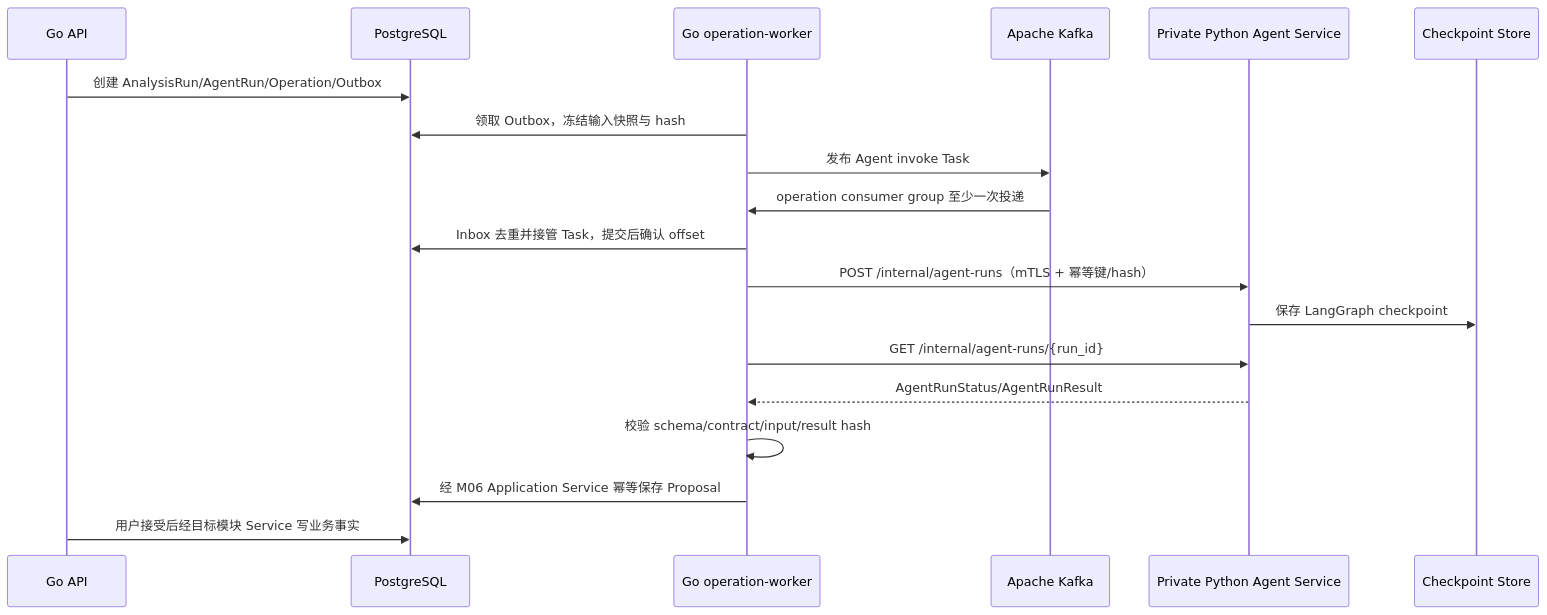
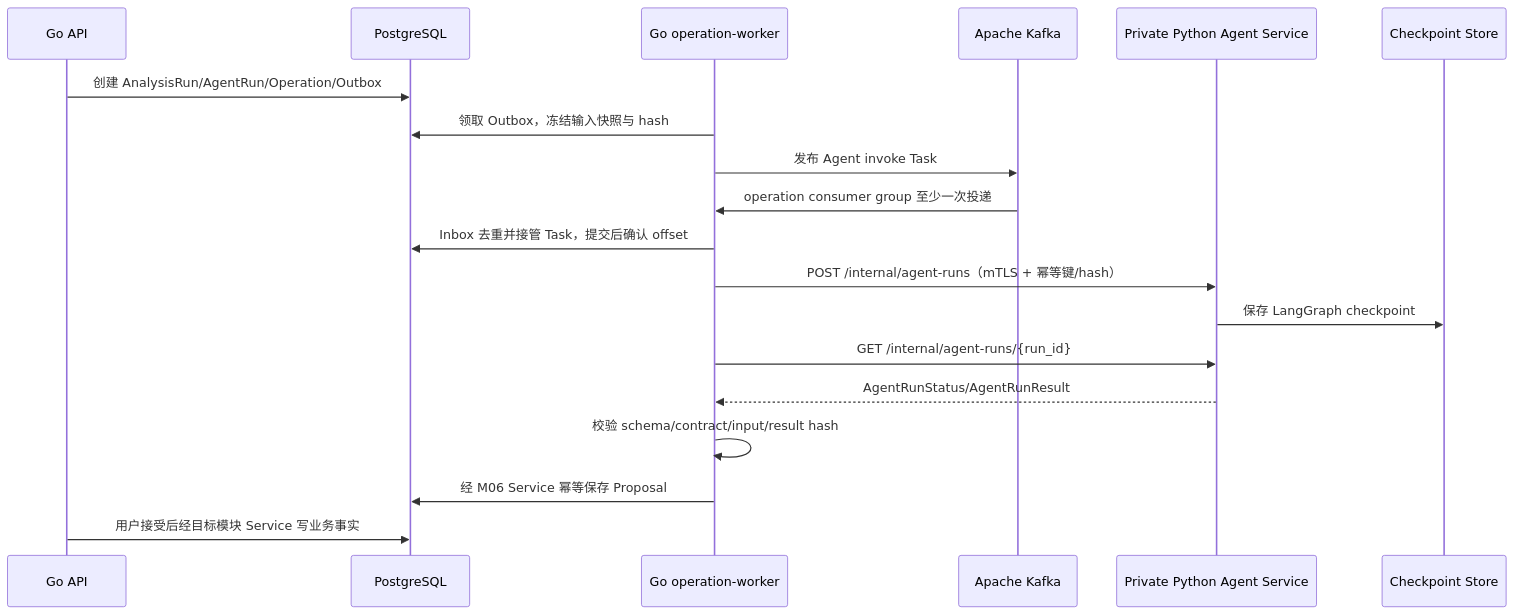
Before and after one commit to StephenQiu30/lanverse: the second of 2 diagrams in docs/design/000-AI视频生产平台目标系统架构设计.md, drawn with Mermaid. The commit also changed other lines of this file and 98 other files, not shown here.

````diff
--- a/docs/design/000-AI视频生产平台目标系统架构设计.md
+++ b/docs/design/000-AI视频生产平台目标系统架构设计.md
@@ -267,22 +234,22 @@
 ```mermaid
 sequenceDiagram
     participant API as Go API
     participant DB as PostgreSQL
     participant OW as Go operation-worker
     participant MQ as Apache Kafka
     participant AG as Private Python Agent Service
     participant CP as Checkpoint Store
 
     API->>DB: 创建 AnalysisRun/AgentRun/Operation/Outbox
     OW->>DB: 领取 Outbox，冻结输入快照与 hash
     OW->>MQ: 发布 Agent invoke Task
     MQ->>OW: operation consumer group 至少一次投递
     OW->>DB: Inbox 去重并接管 Task，提交后确认 offset
     OW->>AG: POST /internal/agent-runs（mTLS + 幂等键/hash）
     AG->>CP: 保存 LangGraph checkpoint
     OW->>AG: GET /internal/agent-runs/{run_id}
     AG-->>OW: AgentRunStatus/AgentRunResult
     OW->>OW: 校验 schema/contract/input/result hash
-    OW->>DB: 经 M06 Application Service 幂等保存 Proposal
+    OW->>DB: 经 M06 Service 幂等保存 Proposal
     API->>DB: 用户接受后经目标模块 Service 写业务事实
 ```
````
